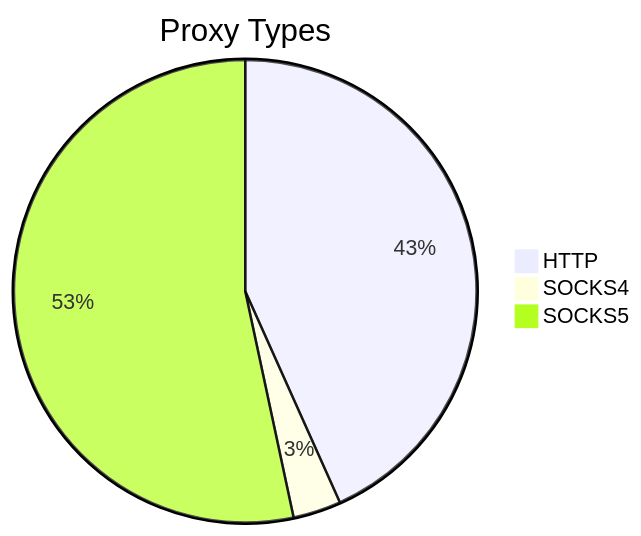
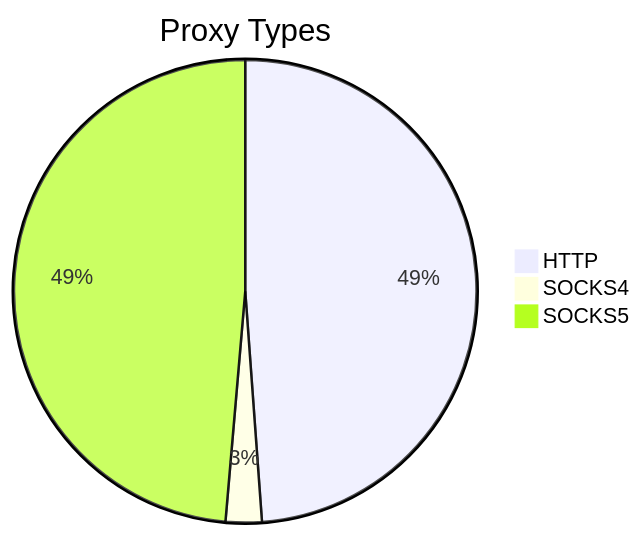
Before and after one commit to stormsia/proxy-list: the first of 2 diagrams in README.md, drawn with Mermaid. The commit also changed other lines of this file, not shown here.

````diff
--- a/README.md
+++ b/README.md
@@ -21,6 +21,6 @@
 ```mermaid
 pie title Proxy Types
-    "HTTP" : 749
-    "SOCKS4" : 58
-    "SOCKS5" : 923
+    "HTTP" : 698
+    "SOCKS4" : 36
+    "SOCKS5" : 695
 ```
````
